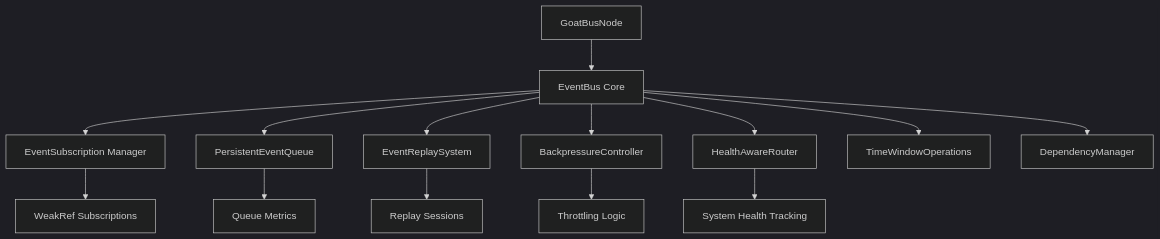
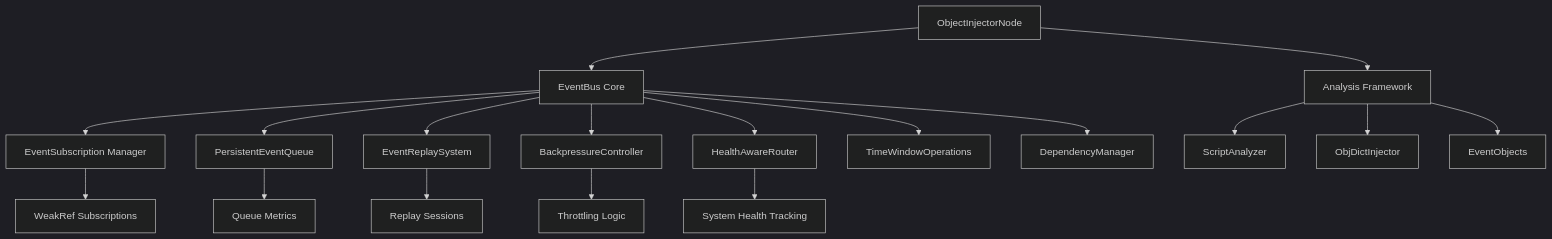
Before and after one commit to qipq/GOAT_bus: the diagram in README.md, drawn with Mermaid (dark theme). The commit also changed other lines of this file, not shown here.

````diff
--- a/README.md
+++ b/README.md
@@ -195,17 +566,21 @@
 ```mermaid
 graph TD
-    A[GoatBusNode] --> B[EventBus Core]
-    B --> C[EventSubscription Manager]
-    B --> D[PersistentEventQueue]
-    B --> E[EventReplaySystem]
-    B --> F[BackpressureController]
-    B --> G[HealthAwareRouter]
-    B --> H[TimeWindowOperations]
-    B --> I[DependencyManager]
+    A[ObjectInjectorNode] --> B[EventBus Core]
+    A --> C[Analysis Framework]
+    B --> D[EventSubscription Manager]
+    B --> E[PersistentEventQueue]
+    B --> F[EventReplaySystem]
+    B --> G[BackpressureController]
+    B --> H[HealthAwareRouter]
+    B --> I[TimeWindowOperations]
+    B --> J[DependencyManager]
+    C --> K[ScriptAnalyzer]
+    C --> L[ObjDictInjector]
+    C --> M[EventObjects]
     
-    C --> J[WeakRef Subscriptions]
-    D --> K[Queue Metrics]
-    E --> L[Replay Sessions]
-    F --> M[Throttling Logic]
-    G --> N[System Health Tracking]
+    D --> N[WeakRef Subscriptions]
+    E --> O[Queue Metrics]
+    F --> P[Replay Sessions]
+    G --> Q[Throttling Logic]
+    H --> R[System Health Tracking]
 ```
````
